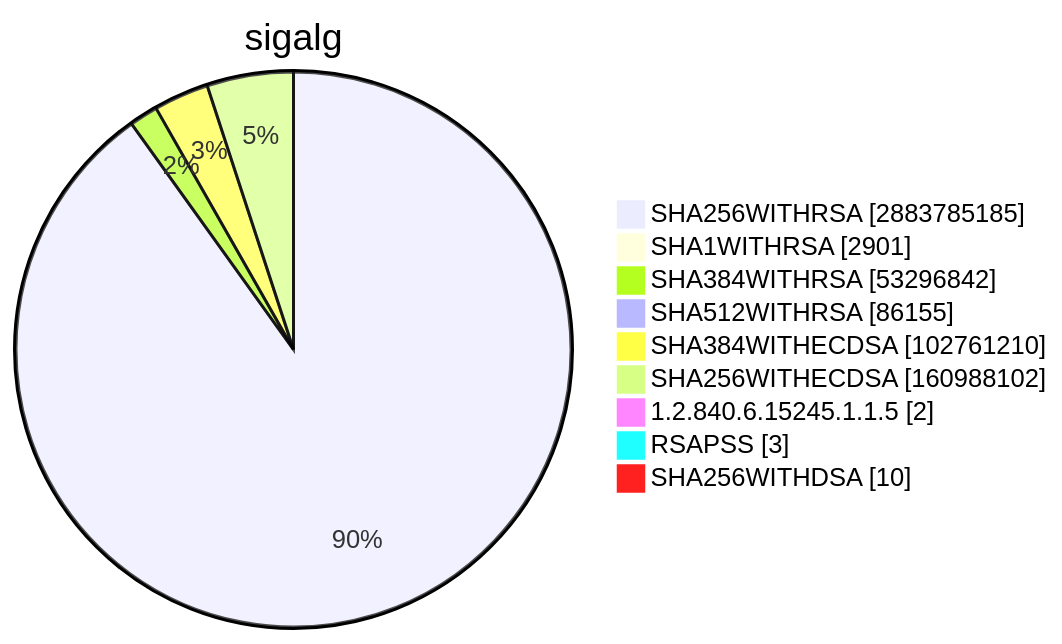
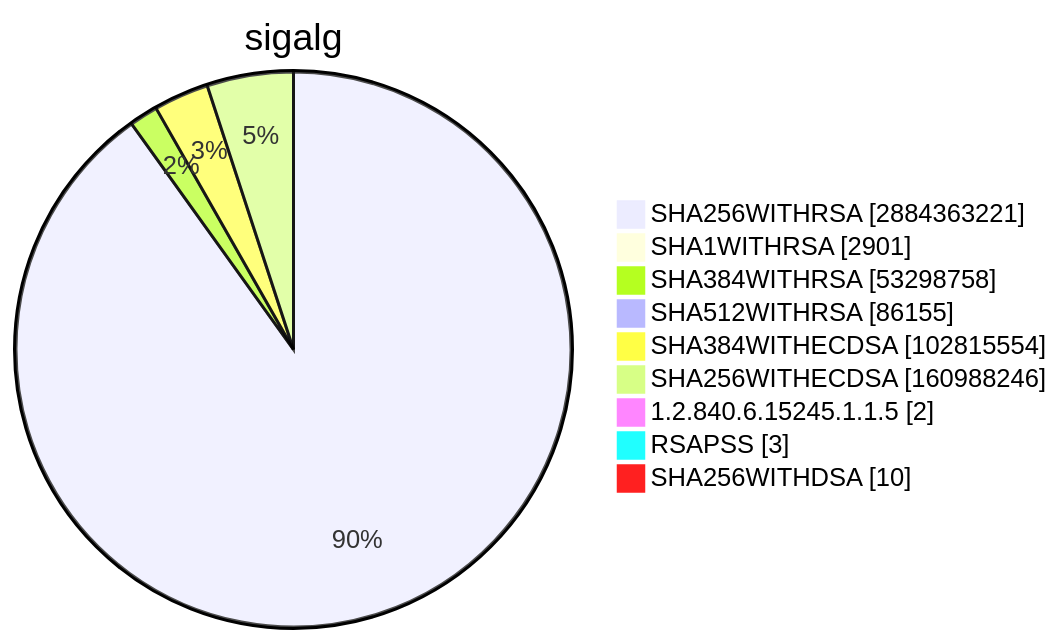
One commit to christiankrug/ctmonitor_visualization changed diagram 15 of 15 in TOTAL/README.md. Above: the diagram before and after it, drawn with Mermaid. The commit also changed other lines of this file, not shown here.

````diff
--- a/TOTAL/README.md
+++ b/TOTAL/README.md
@@ -6207,13 +6207,13 @@
 ```mermaid
 pie showData
 title sigalg
-"SHA256WITHRSA" :2883785185
+"SHA256WITHRSA" :2884363221
 "SHA1WITHRSA" :2901
-"SHA384WITHRSA" :53296842
+"SHA384WITHRSA" :53298758
 "SHA512WITHRSA" :86155
-"SHA384WITHECDSA" :102761210
-"SHA256WITHECDSA" :160988102
+"SHA384WITHECDSA" :102815554
+"SHA256WITHECDSA" :160988246
 "1.2.840.6.15245.1.1.5" :2
 "RSAPSS" :3
 "SHA256WITHDSA" :10
 ```
````
